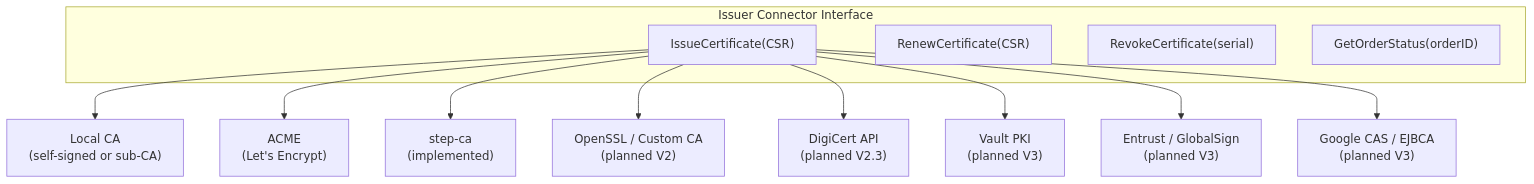
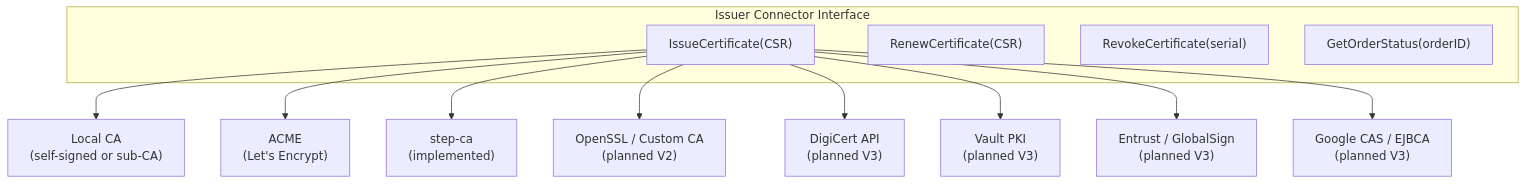
Before and after one commit to certctl-io/certctl: the second of 6 diagrams in docs/demo-advanced.md, drawn with Mermaid. The commit also changed 4 other files, not shown here.

First line of the commit message:
docs: restructure roadmap for V2/V3 product strategy

````diff
--- a/docs/demo-advanced.md
+++ b/docs/demo-advanced.md
@@ -121,18 +121,18 @@
 ```mermaid
 flowchart TD
     subgraph "Issuer Connector Interface"
         A["IssueCertificate(CSR)"]
         B["RenewCertificate(CSR)"]
         C["RevokeCertificate(serial)"]
         D["GetOrderStatus(orderID)"]
     end
 
     A --> E["Local CA\n(self-signed or sub-CA)"]
     A --> F["ACME\n(Let's Encrypt)"]
     A --> G["step-ca\n(implemented)"]
     A --> H["OpenSSL / Custom CA\n(planned V2)"]
-    A --> J["DigiCert API\n(planned V2.3)"]
+    A --> J["DigiCert API\n(planned V3)"]
     A --> K["Vault PKI\n(planned V3)"]
     A --> L["Entrust / GlobalSign\n(planned V3)"]
     A --> M["Google CAS / EJBCA\n(planned V3)"]
 ```
````
